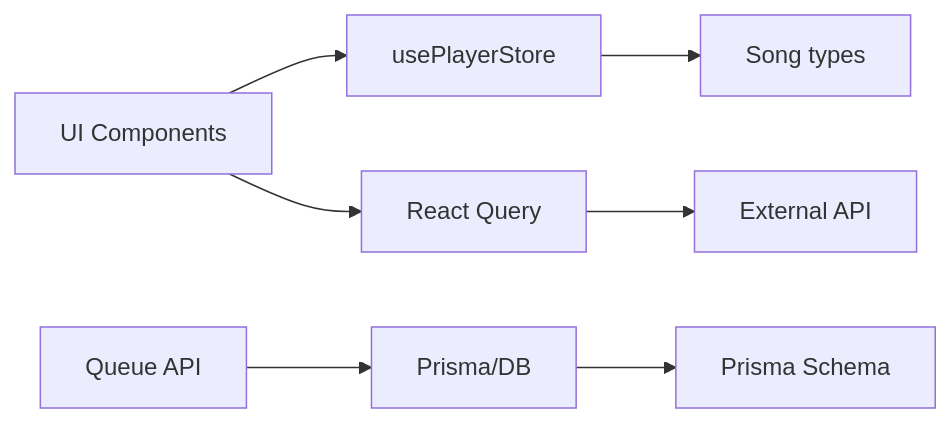
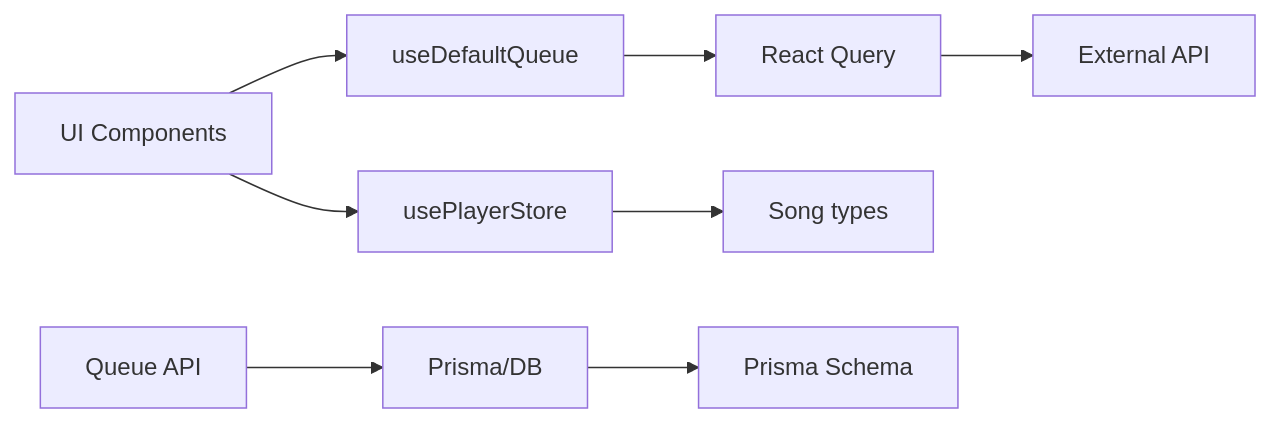
Diagram 11 of 11 in .qoder/repowiki/en/content/State Management/State Management.md (moindestiny/SonicStream), drawn with Mermaid before and after one commit. The commit also changed other lines of this file and 5 other files, not shown here.

````diff
--- a/.qoder/repowiki/en/content/State Management/State Management.md
+++ b/.qoder/repowiki/en/content/State Management/State Management.md
@@ -378,9 +454,10 @@
 ```mermaid
 graph LR
 UI["UI Components"] --> Store["usePlayerStore"]
-UI --> RQ["React Query"]
+UI --> Hook["useDefaultQueue"]
+Hook --> RQ["React Query"]
 Store --> Types["Song types"]
 RQ --> ExtAPI["External API"]
 API["Queue API"] --> DB["Prisma/DB"]
 DB --> Schema["Prisma Schema"]
 ```
````
